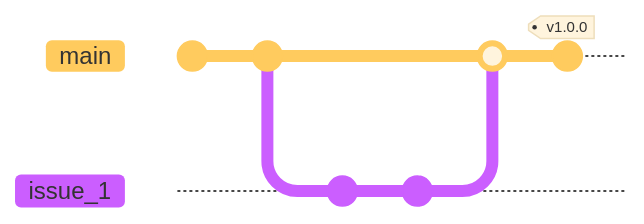
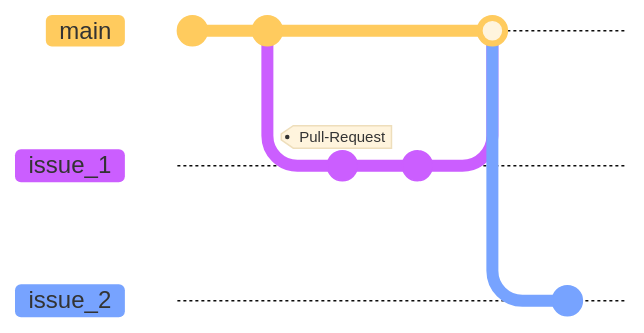
Before and after one commit to kekslol24/daten-organisation: the diagram in kapitel/01-tool-chain/git_github.qmd, drawn with Mermaid. The commit also changed other lines of this file, not shown here. Commit ids are hidden.

Commit message:
Git Practices

````diff
--- a/kapitel/01-tool-chain/git_github.qmd
+++ b/kapitel/01-tool-chain/git_github.qmd
@@ -611,14 +525,18 @@
 ```{mermaid}
+%%| label: fig-githubflow
+%%| fig-cap: Vereinfachter GitHub-Flow
+
 %%{init: {'theme': 'base' } }%%
 gitGraph
-   commit
-   commit
+   commit id: "1"
+   commit id: "2"
    branch issue_1
    checkout issue_1
-   commit
+   commit id: "3" tag: "Pull-Request"
    checkout issue_1
-   commit
+   commit  id: "4"
    checkout main
    merge issue_1
-   commit tag:"v1.0.0"
+   branch issue_2
+   commit id: "5"
 ```
````
